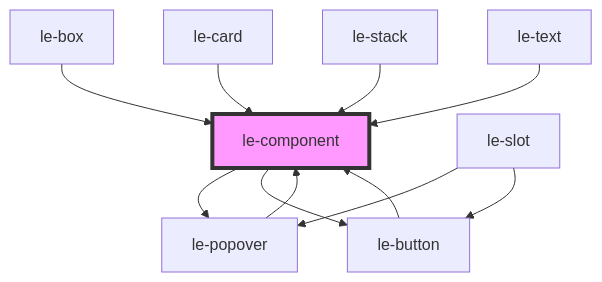
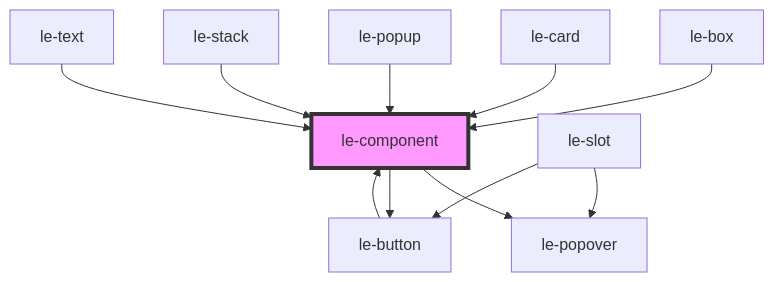
One commit to leechy/le-kit changed the diagram in src/components/le-component/readme.md. Above: the diagram before and after it, drawn with Mermaid. The commit also changed other lines of this file and 16 other files, not shown here.

First line of the commit message:
feat: add le-popup with native dialog API and refactor le-popover to native Popover API

````diff
--- a/src/components/le-component/readme.md
+++ b/src/components/le-component/readme.md
@@ -66,14 +66,14 @@
 ```mermaid
 graph TD;
   le-component --> le-popover
   le-component --> le-button
-  le-popover --> le-component
   le-button --> le-component
   le-slot --> le-popover
   le-slot --> le-button
   le-box --> le-component
   le-card --> le-component
+  le-popup --> le-component
   le-stack --> le-component
   le-text --> le-component
   style le-component fill:#f9f,stroke:#333,stroke-width:4px
 ```
````
